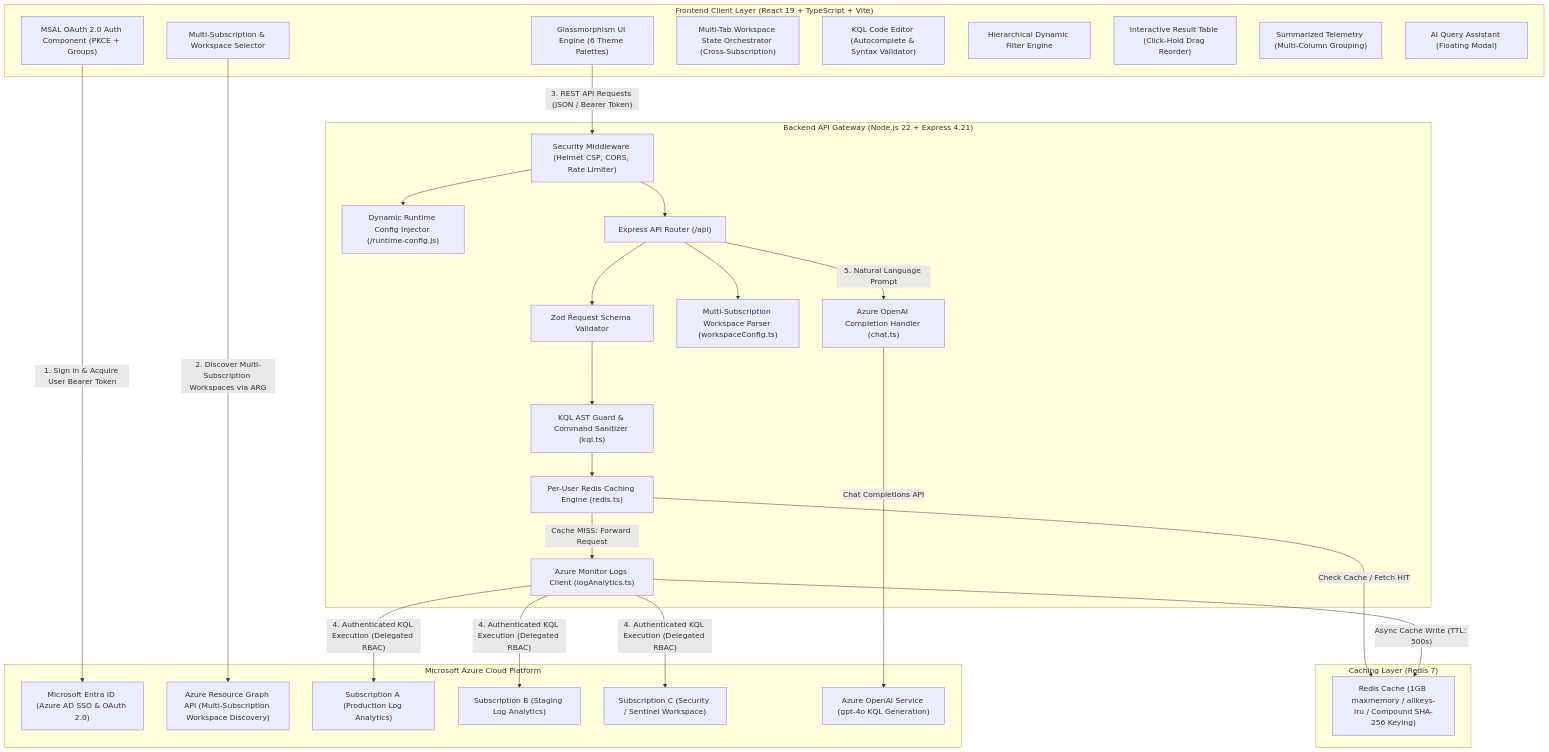
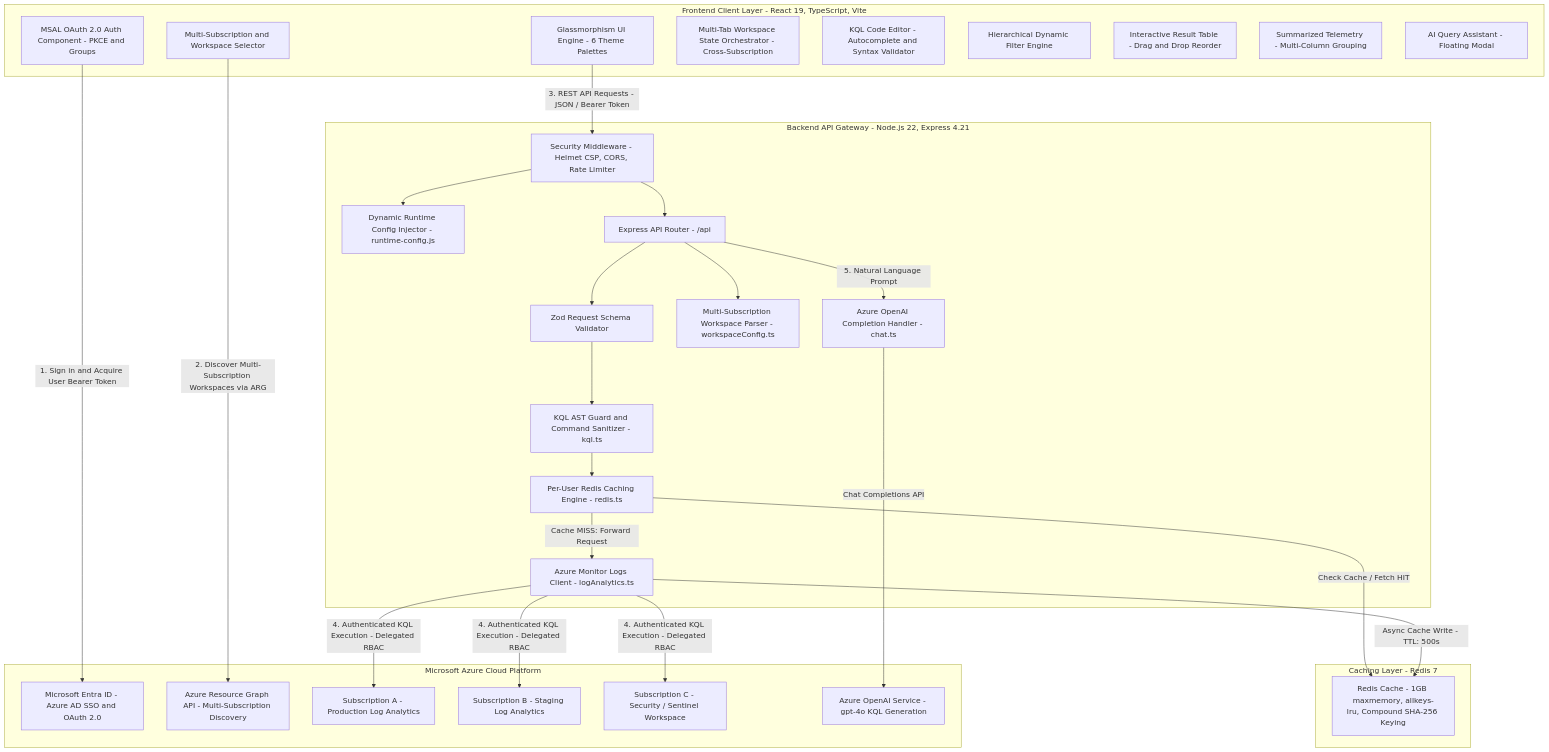
Before and after one commit to diny1729/LogAnalytics: the first of 6 diagrams in Architecture.md, drawn with Mermaid. The commit also changed other lines of this file, not shown here.

Commit message:
fix(docs): completely sanitize Mermaid edge and node labels in Architecture.md

````diff
--- a/Architecture.md
+++ b/Architecture.md
@@ -13,60 +13,60 @@
 ```mermaid
 graph TD
-    subgraph ClientLayer ["Frontend Client Layer (React 19 + TypeScript + Vite)"]
-        UI["Glassmorphism UI Engine (6 Theme Palettes)"]
-        AuthUI["MSAL OAuth 2.0 Auth Component (PKCE + Groups)"]
-        MultiSubCtrl["Multi-Subscription & Workspace Selector"]
-        TabManager["Multi-Tab Workspace State Orchestrator (Cross-Subscription)"]
-        KqlEditor["KQL Code Editor (Autocomplete & Syntax Validator)"]
+    subgraph ClientLayer ["Frontend Client Layer - React 19, TypeScript, Vite"]
+        UI["Glassmorphism UI Engine - 6 Theme Palettes"]
+        AuthUI["MSAL OAuth 2.0 Auth Component - PKCE and Groups"]
+        MultiSubCtrl["Multi-Subscription and Workspace Selector"]
+        TabManager["Multi-Tab Workspace State Orchestrator - Cross-Subscription"]
+        KqlEditor["KQL Code Editor - Autocomplete and Syntax Validator"]
         FilterEngine["Hierarchical Dynamic Filter Engine"]
-        ResultGrid["Interactive Result Table (Click-Hold Drag Reorder)"]
-        TelemetryPanel["Summarized Telemetry (Multi-Column Grouping)"]
-        ChatbotUI["AI Query Assistant (Floating Modal)"]
+        ResultGrid["Interactive Result Table - Drag and Drop Reorder"]
+        TelemetryPanel["Summarized Telemetry - Multi-Column Grouping"]
+        ChatbotUI["AI Query Assistant - Floating Modal"]
     end
 
-    subgraph ServerLayer ["Backend API Gateway (Node.js 22 + Express 4.21)"]
-        Middleware["Security Middleware (Helmet CSP, CORS, Rate Limiter)"]
-        RuntimeConfig["Dynamic Runtime Config Injector (/runtime-config.js)"]
-        Router["Express API Router (/api)"]
+    subgraph ServerLayer ["Backend API Gateway - Node.js 22, Express 4.21"]
+        Middleware["Security Middleware - Helmet CSP, CORS, Rate Limiter"]
+        RuntimeConfig["Dynamic Runtime Config Injector - runtime-config.js"]
+        Router["Express API Router - /api"]
         ZodValidator["Zod Request Schema Validator"]
-        WSParser["Multi-Subscription Workspace Parser (workspaceConfig.ts)"]
-        KqlSecurity["KQL AST Guard & Command Sanitizer (kql.ts)"]
-        RedisModule["Per-User Redis Caching Engine (redis.ts)"]
-        AzureSDK["Azure Monitor Logs Client (logAnalytics.ts)"]
-        ChatEngine["Azure OpenAI Completion Handler (chat.ts)"]
+        WSParser["Multi-Subscription Workspace Parser - workspaceConfig.ts"]
+        KqlSecurity["KQL AST Guard and Command Sanitizer - kql.ts"]
+        RedisModule["Per-User Redis Caching Engine - redis.ts"]
+        AzureSDK["Azure Monitor Logs Client - logAnalytics.ts"]
+        ChatEngine["Azure OpenAI Completion Handler - chat.ts"]
     end
 
-    subgraph CacheLayer ["Caching Layer (Redis 7)"]
-        RedisInstance["Redis Cache (1GB maxmemory / allkeys-lru / Compound SHA-256 Keying)"]
+    subgraph CacheLayer ["Caching Layer - Redis 7"]
+        RedisInstance["Redis Cache - 1GB maxmemory, allkeys-lru, Compound SHA-256 Keying"]
     end
 
     subgraph AzureCloud ["Microsoft Azure Cloud Platform"]
-        EntraID["Microsoft Entra ID (Azure AD SSO & OAuth 2.0)"]
-        ARG["Azure Resource Graph API (Multi-Subscription Workspace Discovery)"]
-        Sub1["Subscription A (Production Log Analytics)"]
-        Sub2["Subscription B (Staging Log Analytics)"]
-        Sub3["Subscription C (Security / Sentinel Workspace)"]
-        OpenAIService["Azure OpenAI Service (gpt-4o KQL Generation)"]
+        EntraID["Microsoft Entra ID - Azure AD SSO and OAuth 2.0"]
+        ARG["Azure Resource Graph API - Multi-Subscription Discovery"]
+        Sub1["Subscription A - Production Log Analytics"]
+        Sub2["Subscription B - Staging Log Analytics"]
+        Sub3["Subscription C - Security / Sentinel Workspace"]
+        OpenAIService["Azure OpenAI Service - gpt-4o KQL Generation"]
     end
 
     %% Client Interactions
-    AuthUI -->|"1. Sign in & Acquire User Bearer Token"| EntraID
+    AuthUI -->|"1. Sign in and Acquire User Bearer Token"| EntraID
     MultiSubCtrl -->|"2. Discover Multi-Subscription Workspaces via ARG"| ARG
-    UI -->|"3. REST API Requests (JSON / Bearer Token)"| Middleware
+    UI -->|"3. REST API Requests - JSON / Bearer Token"| Middleware
     Middleware --> RuntimeConfig
     Middleware --> Router
     Router --> WSParser
     Router --> ZodValidator
     ZodValidator --> KqlSecurity
     
-    %% Cache & Backend Execution
+    %% Cache and Backend Execution
     KqlSecurity --> RedisModule
     RedisModule -->|"Check Cache / Fetch HIT"| RedisInstance
     RedisModule -->|"Cache MISS: Forward Request"| AzureSDK
-    AzureSDK -->|"4. Authenticated KQL Execution (Delegated RBAC)"| Sub1
-    AzureSDK -->|"4. Authenticated KQL Execution (Delegated RBAC)"| Sub2
-    AzureSDK -->|"4. Authenticated KQL Execution (Delegated RBAC)"| Sub3
-    AzureSDK -->|"Async Cache Write (TTL: 500s)"| RedisInstance
+    AzureSDK -->|"4. Authenticated KQL Execution - Delegated RBAC"| Sub1
+    AzureSDK -->|"4. Authenticated KQL Execution - Delegated RBAC"| Sub2
+    AzureSDK -->|"4. Authenticated KQL Execution - Delegated RBAC"| Sub3
+    AzureSDK -->|"Async Cache Write - TTL: 500s"| RedisInstance
     Router -->|"5. Natural Language Prompt"| ChatEngine
     ChatEngine -->|"Chat Completions API"| OpenAIService
 ```
````
